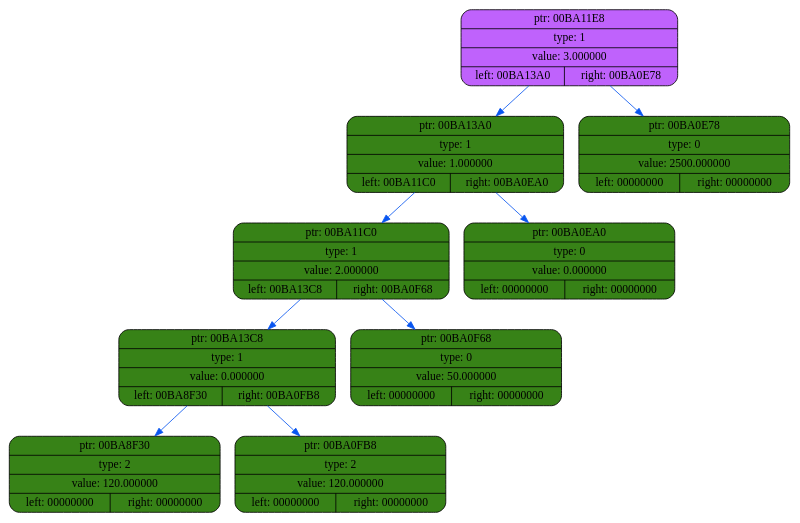
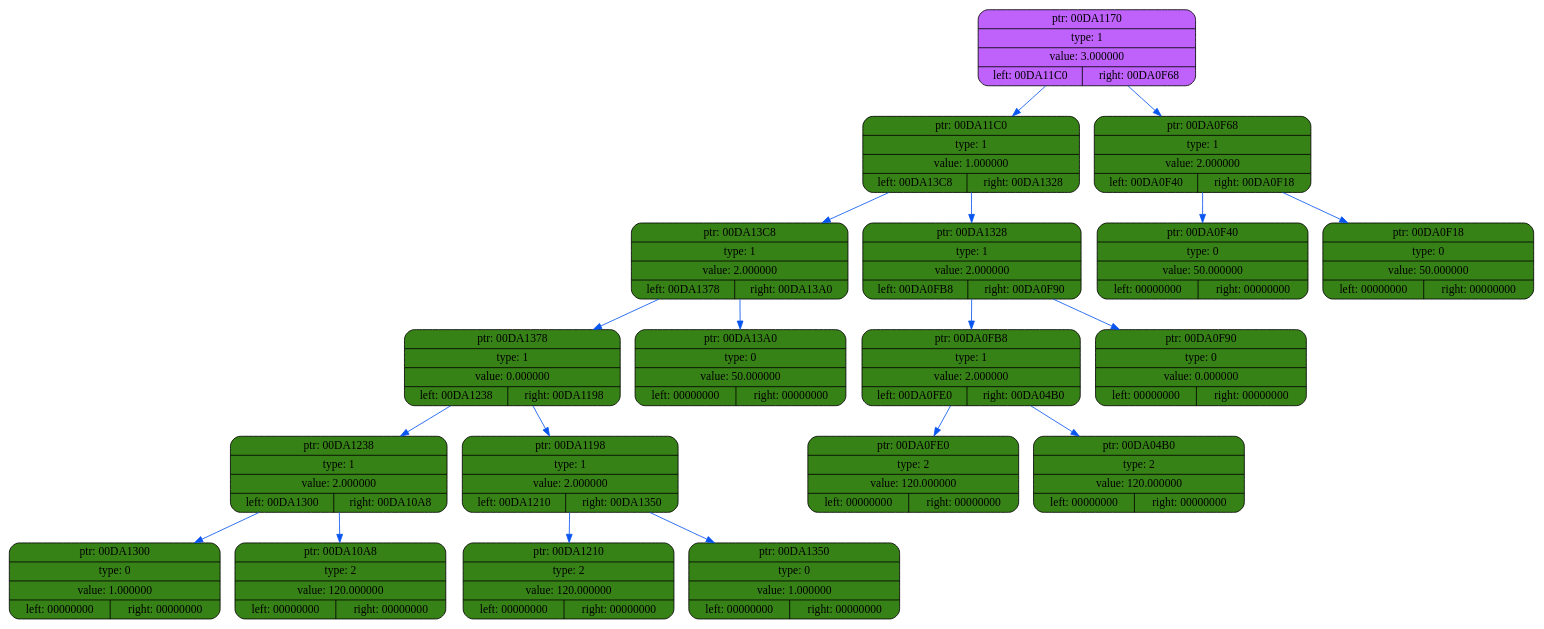
Before and after one commit to coffee8cat/differentiator: the diagram in dump/dump3.dot, drawn with Graphviz. The commit also changed 16 other files, not shown here.

```diff
--- a/dump/dump3.dot
+++ b/dump/dump3.dot
@@ -1,22 +1,42 @@
 digraph
 {
     rankdir=TP
 
-        node00BA11E8[shape=record,style="rounded,filled",fillcolor="#BF62FC",label="{ ptr: 00BA11E8 | type: 1 | value: 3.000000| { left: 00BA13A0 | right: 00BA0E78 }}"];
-    node00BA11E8 -> node00BA13A0[color="#0855F0"]
-    node00BA13A0[shape=record,style="rounded,filled",fillcolor="#378217",label="{ ptr: 00BA13A0 | type: 1 | value: 1.000000| { left: 00BA11C0 | right: 00BA0EA0 }}"];
-    node00BA13A0 -> node00BA11C0[color="#0855F0"]
-    node00BA11C0[shape=record,style="rounded,filled",fillcolor="#378217",label="{ ptr: 00BA11C0 | type: 1 | value: 2.000000| { left: 00BA13C8 | right: 00BA0F68 }}"];
-    node00BA11C0 -> node00BA13C8[color="#0855F0"]
-    node00BA13C8[shape=record,style="rounded,filled",fillcolor="#378217",label="{ ptr: 00BA13C8 | type: 1 | value: 0.000000| { left: 00BA8F30 | right: 00BA0FB8 }}"];
-    node00BA13C8 -> node00BA8F30[color="#0855F0"]
-    node00BA8F30[shape=record,style="rounded,filled",fillcolor="#378217",label="{ ptr: 00BA8F30 | type: 2 | value: 120.000000| { left: 00000000 | right: 00000000 }}"];
-    node00BA13C8 -> node00BA0FB8[color="#0855F0"]
-    node00BA0FB8[shape=record,style="rounded,filled",fillcolor="#378217",label="{ ptr: 00BA0FB8 | type: 2 | value: 120.000000| { left: 00000000 | right: 00000000 }}"];
-    node00BA11C0 -> node00BA0F68[color="#0855F0"]
-    node00BA0F68[shape=record,style="rounded,filled",fillcolor="#378217",label="{ ptr: 00BA0F68 | type: 0 | value: 50.000000| { left: 00000000 | right: 00000000 }}"];
-    node00BA13A0 -> node00BA0EA0[color="#0855F0"]
-    node00BA0EA0[shape=record,style="rounded,filled",fillcolor="#378217",label="{ ptr: 00BA0EA0 | type: 0 | value: 0.000000| { left: 00000000 | right: 00000000 }}"];
-    node00BA11E8 -> node00BA0E78[color="#0855F0"]
-    node00BA0E78[shape=record,style="rounded,filled",fillcolor="#378217",label="{ ptr: 00BA0E78 | type: 0 | value: 2500.000000| { left: 00000000 | right: 00000000 }}"];
+        node00DA1170[shape=record,style="rounded,filled",fillcolor="#BF62FC",label="{ ptr: 00DA1170 | type: 1 | value: 3.000000| { left: 00DA11C0 | right: 00DA0F68 }}"];
+    node00DA1170 -> node00DA11C0[color="#0855F0"]
+    node00DA11C0[shape=record,style="rounded,filled",fillcolor="#378217",label="{ ptr: 00DA11C0 | type: 1 | value: 1.000000| { left: 00DA13C8 | right: 00DA1328 }}"];
+    node00DA11C0 -> node00DA13C8[color="#0855F0"]
+    node00DA13C8[shape=record,style="rounded,filled",fillcolor="#378217",label="{ ptr: 00DA13C8 | type: 1 | value: 2.000000| { left: 00DA1378 | right: 00DA13A0 }}"];
+    node00DA13C8 -> node00DA1378[color="#0855F0"]
+    node00DA1378[shape=record,style="rounded,filled",fillcolor="#378217",label="{ ptr: 00DA1378 | type: 1 | value: 0.000000| { left: 00DA1238 | right: 00DA1198 }}"];
+    node00DA1378 -> node00DA1238[color="#0855F0"]
+    node00DA1238[shape=record,style="rounded,filled",fillcolor="#378217",label="{ ptr: 00DA1238 | type: 1 | value: 2.000000| { left: 00DA1300 | right: 00DA10A8 }}"];
+    node00DA1238 -> node00DA1300[color="#0855F0"]
+    node00DA1300[shape=record,style="rounded,filled",fillcolor="#378217",label="{ ptr: 00DA1300 | type: 0 | value: 1.000000| { left: 00000000 | right: 00000000 }}"];
+    node00DA1238 -> node00DA10A8[color="#0855F0"]
+    node00DA10A8[shape=record,style="rounded,filled",fillcolor="#378217",label="{ ptr: 00DA10A8 | type: 2 | value: 120.000000| { left: 00000000 | right: 00000000 }}"];
+    node00DA1378 -> node00DA1198[color="#0855F0"]
+    node00DA1198[shape=record,style="rounded,filled",fillcolor="#378217",label="{ ptr: 00DA1198 | type: 1 | value: 2.000000| { left: 00DA1210 | right: 00DA1350 }}"];
+    node00DA1198 -> node00DA1210[color="#0855F0"]
+    node00DA1210[shape=record,style="rounded,filled",fillcolor="#378217",label="{ ptr: 00DA1210 | type: 2 | value: 120.000000| { left: 00000000 | right: 00000000 }}"];
+    node00DA1198 -> node00DA1350[color="#0855F0"]
+    node00DA1350[shape=record,style="rounded,filled",fillcolor="#378217",label="{ ptr: 00DA1350 | type: 0 | value: 1.000000| { left: 00000000 | right: 00000000 }}"];
+    node00DA13C8 -> node00DA13A0[color="#0855F0"]
+    node00DA13A0[shape=record,style="rounded,filled",fillcolor="#378217",label="{ ptr: 00DA13A0 | type: 0 | value: 50.000000| { left: 00000000 | right: 00000000 }}"];
+    node00DA11C0 -> node00DA1328[color="#0855F0"]
+    node00DA1328[shape=record,style="rounded,filled",fillcolor="#378217",label="{ ptr: 00DA1328 | type: 1 | value: 2.000000| { left: 00DA0FB8 | right: 00DA0F90 }}"];
+    node00DA1328 -> node00DA0FB8[color="#0855F0"]
+    node00DA0FB8[shape=record,style="rounded,filled",fillcolor="#378217",label="{ ptr: 00DA0FB8 | type: 1 | value: 2.000000| { left: 00DA0FE0 | right: 00DA04B0 }}"];
+    node00DA0FB8 -> node00DA0FE0[color="#0855F0"]
+    node00DA0FE0[shape=record,style="rounded,filled",fillcolor="#378217",label="{ ptr: 00DA0FE0 | type: 2 | value: 120.000000| { left: 00000000 | right: 00000000 }}"];
+    node00DA0FB8 -> node00DA04B0[color="#0855F0"]
+    node00DA04B0[shape=record,style="rounded,filled",fillcolor="#378217",label="{ ptr: 00DA04B0 | type: 2 | value: 120.000000| { left: 00000000 | right: 00000000 }}"];
+    node00DA1328 -> node00DA0F90[color="#0855F0"]
+    node00DA0F90[shape=record,style="rounded,filled",fillcolor="#378217",label="{ ptr: 00DA0F90 | type: 0 | value: 0.000000| { left: 00000000 | right: 00000000 }}"];
+    node00DA1170 -> node00DA0F68[color="#0855F0"]
+    node00DA0F68[shape=record,style="rounded,filled",fillcolor="#378217",label="{ ptr: 00DA0F68 | type: 1 | value: 2.000000| { left: 00DA0F40 | right: 00DA0F18 }}"];
+    node00DA0F68 -> node00DA0F40[color="#0855F0"]
+    node00DA0F40[shape=record,style="rounded,filled",fillcolor="#378217",label="{ ptr: 00DA0F40 | type: 0 | value: 50.000000| { left: 00000000 | right: 00000000 }}"];
+    node00DA0F68 -> node00DA0F18[color="#0855F0"]
+    node00DA0F18[shape=record,style="rounded,filled",fillcolor="#378217",label="{ ptr: 00DA0F18 | type: 0 | value: 50.000000| { left: 00000000 | right: 00000000 }}"];
 }
```
